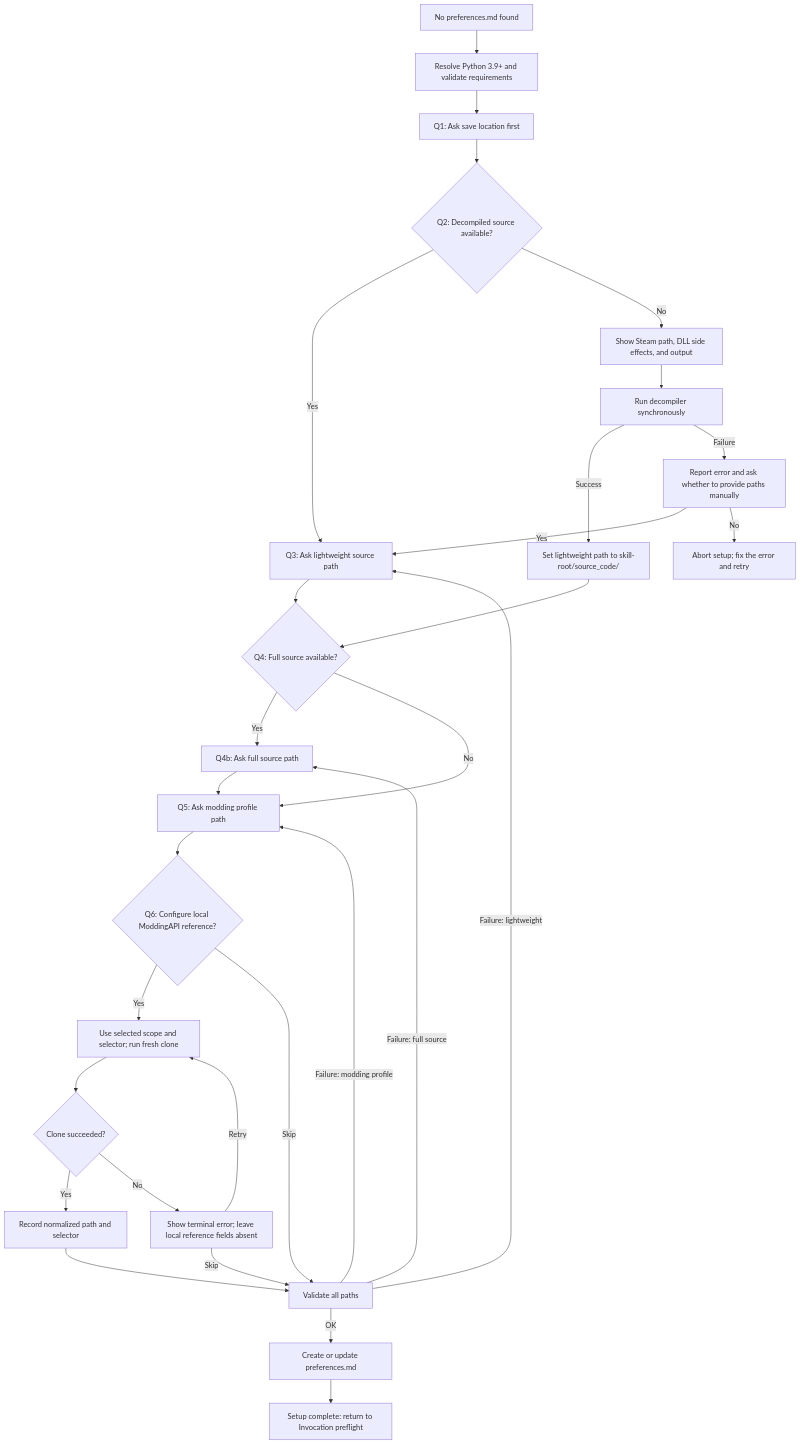
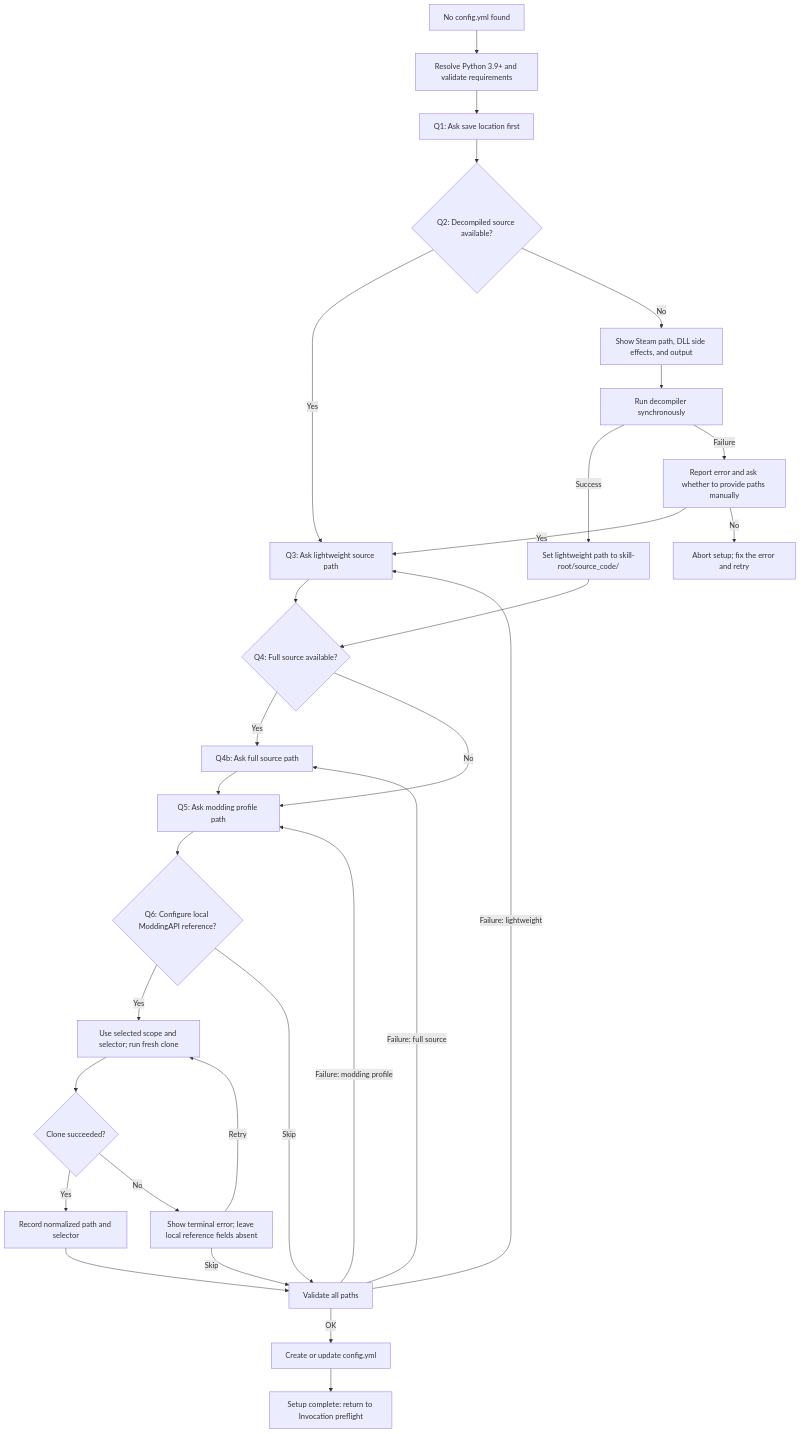
Before and after one commit to EltonZhang777/Blasphemous.ModdingHelper.Skill: the diagram in skills/blasphemous-modding-helper/references/config/first-time-setup.md, drawn with Mermaid. The commit also changed other lines of this file and 24 other files, not shown here.

First line of the commit message:
feat(config): migrate to config.yml

````diff
--- a/skills/blasphemous-modding-helper/references/config/first-time-setup.md
+++ b/skills/blasphemous-modding-helper/references/config/first-time-setup.md
@@ -24,37 +24,37 @@
 ```mermaid
 flowchart TD
-    Start["No preferences.md found"] --> Runtime["Resolve Python 3.9+ and validate requirements"]
+    Start["No config.yml found"] --> Runtime["Resolve Python 3.9+ and validate requirements"]
     Runtime --> Q1["Q1: Ask save location first"]
     Q1 --> Q2{"Q2: Decompiled source available?"}
 
     Q2 -->|Yes| Q3["Q3: Ask lightweight source path"]
     Q2 -->|No| Preview["Show Steam path, DLL side effects, and output"]
     Preview --> Decompile["Run decompiler synchronously"]
 
     Decompile -->|Success| AutoLight["Set lightweight path to skill-root/source_code/"]
     Decompile -->|Failure| DecompileError["Report error and ask whether to provide paths manually"]
     DecompileError -->|Yes| Q3
     DecompileError -->|No| Abort["Abort setup; fix the error and retry"]
 
     Q3 --> Q4{"Q4: Full source available?"}
     AutoLight --> Q4
     Q4 -->|Yes| Q4b["Q4b: Ask full source path"]
     Q4 -->|No| Q5["Q5: Ask modding profile path"]
     Q4b --> Q5
 
     Q5 --> Q6{"Q6: Configure local ModdingAPI reference?"}
     Q6 -->|Yes| Clone["Use selected scope and selector; run fresh clone"]
     Q6 -->|Skip| Validate["Validate all paths"]
     Clone --> CloneResult{"Clone succeeded?"}
     CloneResult -->|Yes| Record["Record normalized path and selector"]
     CloneResult -->|No| CloneError["Show terminal error; leave local reference fields absent"]
     CloneError -->|Retry| Clone
     CloneError -->|Skip| Validate
     Record --> Validate
 
     Validate -->|Failure: lightweight| Q3
     Validate -->|Failure: full source| Q4b
     Validate -->|Failure: modding profile| Q5
-    Validate -->|OK| Save["Create or update preferences.md"]
+    Validate -->|OK| Save["Create or update config.yml"]
     Save --> Complete["Setup complete: return to Invocation preflight"]
 ```
````
